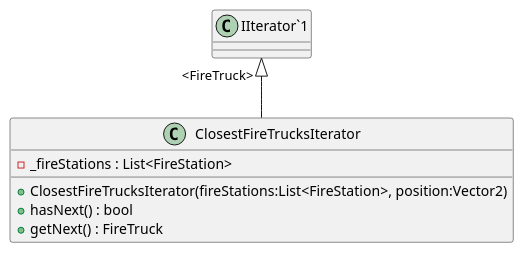
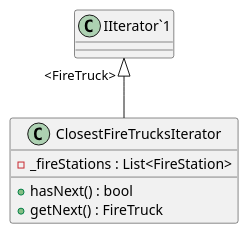
One commit to john-bartu/cut-oot changed the diagram in TO_Lab_5/puml-classes/ClosestFireTrucksIterator.puml. Above: the diagram before and after it, drawn with PlantUML. The commit also changed 3 other files, not shown here.

Commit message:
UML Fixes

```diff
--- a/TO_Lab_5/puml-classes/ClosestFireTrucksIterator.puml
+++ b/TO_Lab_5/puml-classes/ClosestFireTrucksIterator.puml
@@ -1,9 +1,8 @@
 @startuml
 class ClosestFireTrucksIterator {
     - _fireStations : List<FireStation>
-    + ClosestFireTrucksIterator(fireStations:List<FireStation>, position:Vector2)
     + hasNext() : bool
     + getNext() : FireTruck
 }
 "IIterator`1" "<FireTruck>" <|-- ClosestFireTrucksIterator
 @enduml
```
